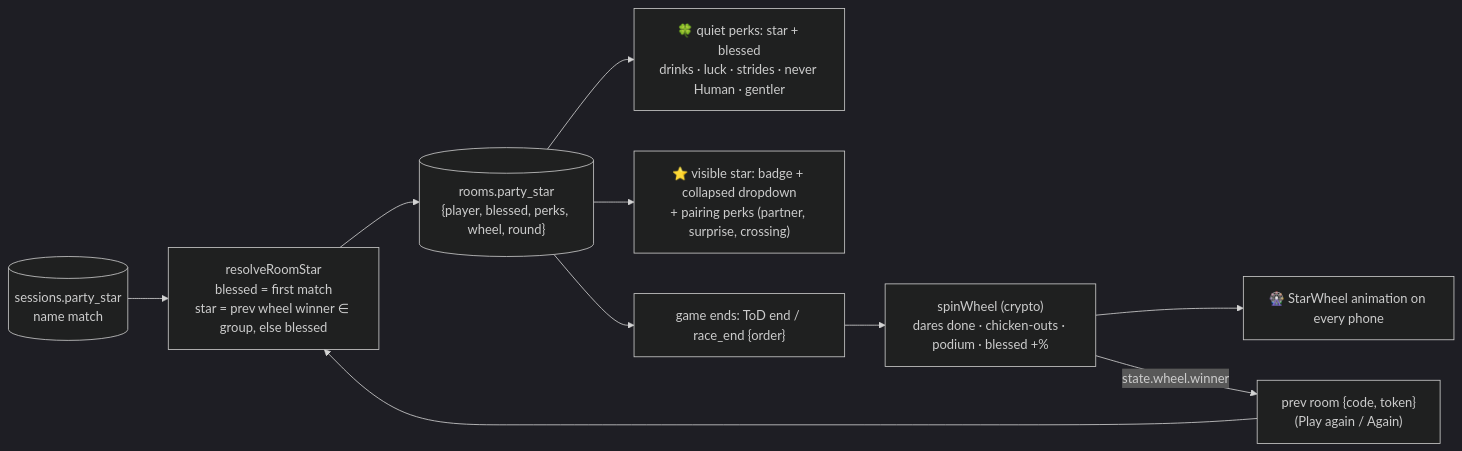
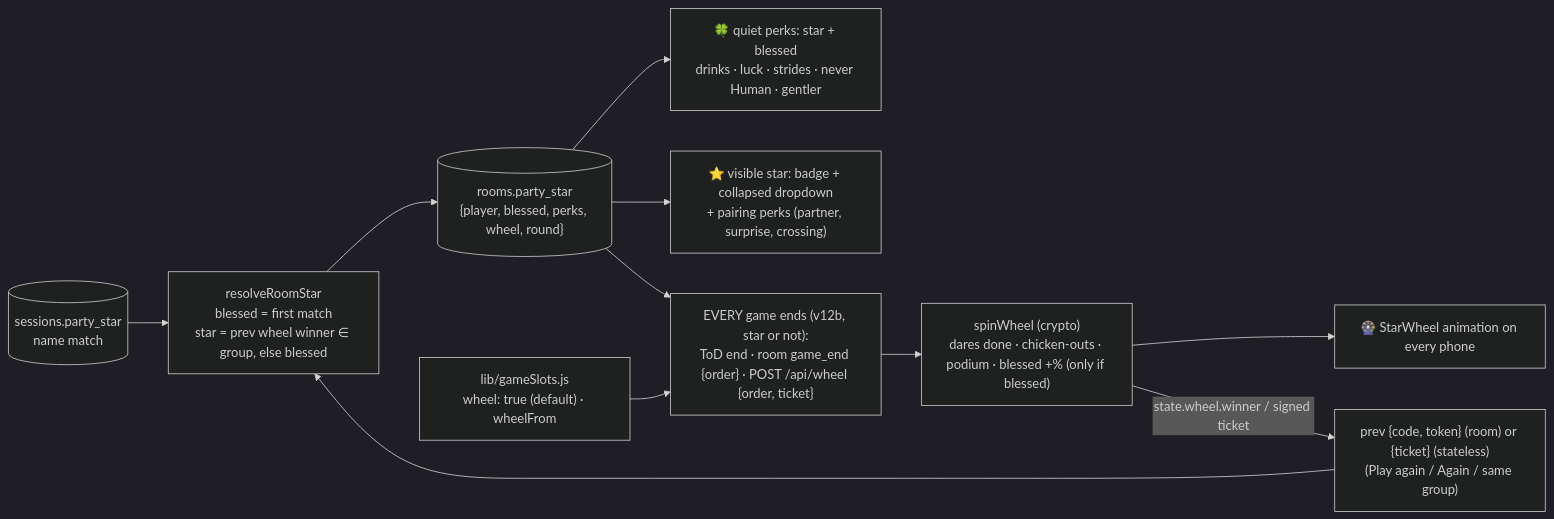
One commit to chanhinterai-max/party-games changed the third of 4 diagrams in ARCHITECTURE.md. Above: the diagram before and after it, drawn with Mermaid (dark theme). The commit also changed other lines of this file and 14 other files, not shown here.

Commit message:
v12b: 🎡 Party Star wheel after EVERY game (plain race, host race, ToD) — shared useEndWheel/EndWheel step, gameSlots wheel flag, stateless /api/wheel with signed tickets

````diff
--- a/ARCHITECTURE.md
+++ b/ARCHITECTURE.md
@@ -390,12 +423,13 @@
 ```mermaid
 flowchart LR
   S[("sessions.party_star<br/>name match")] --> RS["resolveRoomStar<br/>blessed = first match<br/>star = prev wheel winner ∈ group, else blessed"]
-  PR["prev room {code, token}<br/>(Play again / Again)"] --> RS
+  PR["prev {code, token} (room) or {ticket} (stateless)<br/>(Play again / Again / same group)"] --> RS
   RS --> RM[("rooms.party_star<br/>{player, blessed, perks, wheel, round}")]
   RM --> Q["🍀 quiet perks: star + blessed<br/>drinks · luck · strides · never Human · gentler"]
   RM --> V["⭐ visible star: badge + collapsed dropdown<br/>+ pairing perks (partner, surprise, crossing)"]
-  RM --> END["game ends: ToD end / race_end {order}"]
-  END --> W["spinWheel (crypto)<br/>dares done · chicken-outs · podium · blessed +%"]
+  RM --> END["EVERY game ends (v12b, star or not):<br/>ToD end · room game_end {order} · POST /api/wheel {order, ticket}"]
+  REG["lib/gameSlots.js<br/>wheel: true (default) · wheelFrom"] --> END
+  END --> W["spinWheel (crypto)<br/>dares done · chicken-outs · podium · blessed +% (only if blessed)"]
   W --> SW["🎡 StarWheel animation on every phone"]
-  W -->|"state.wheel.winner"| PR
+  W -->|"state.wheel.winner / signed ticket"| PR
 ```
````
